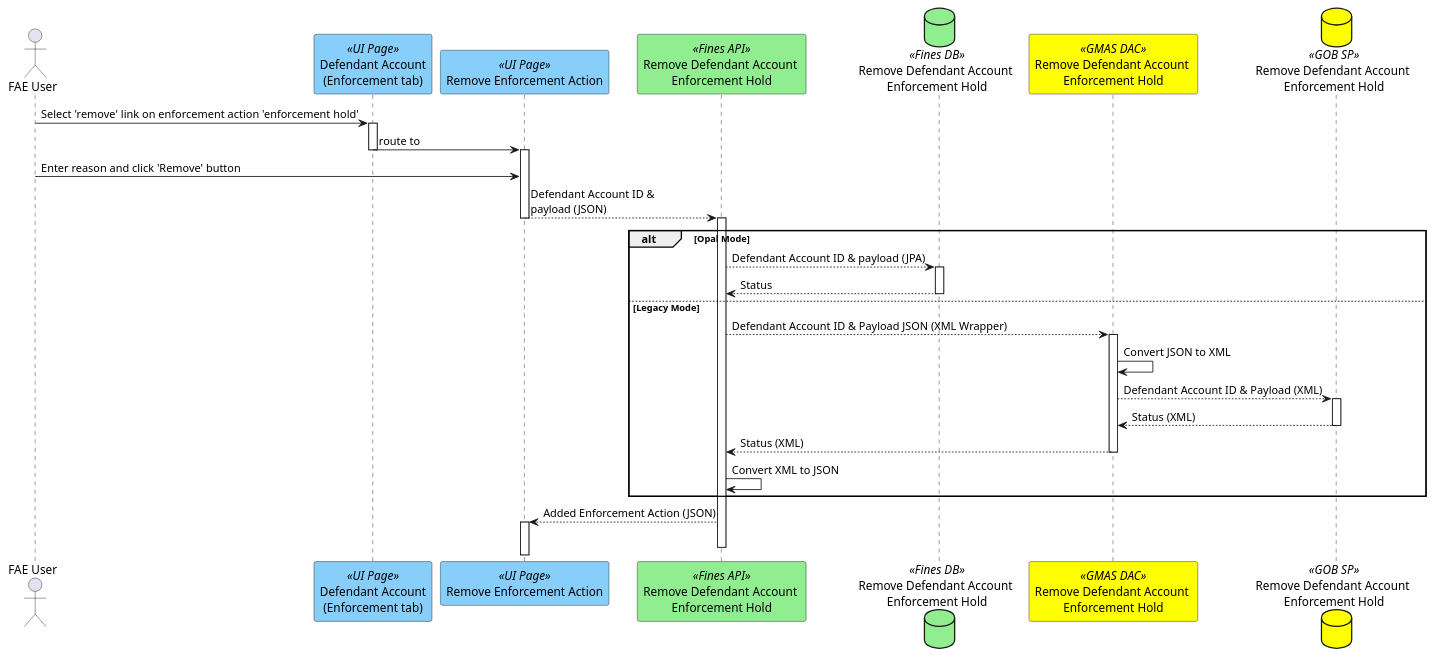
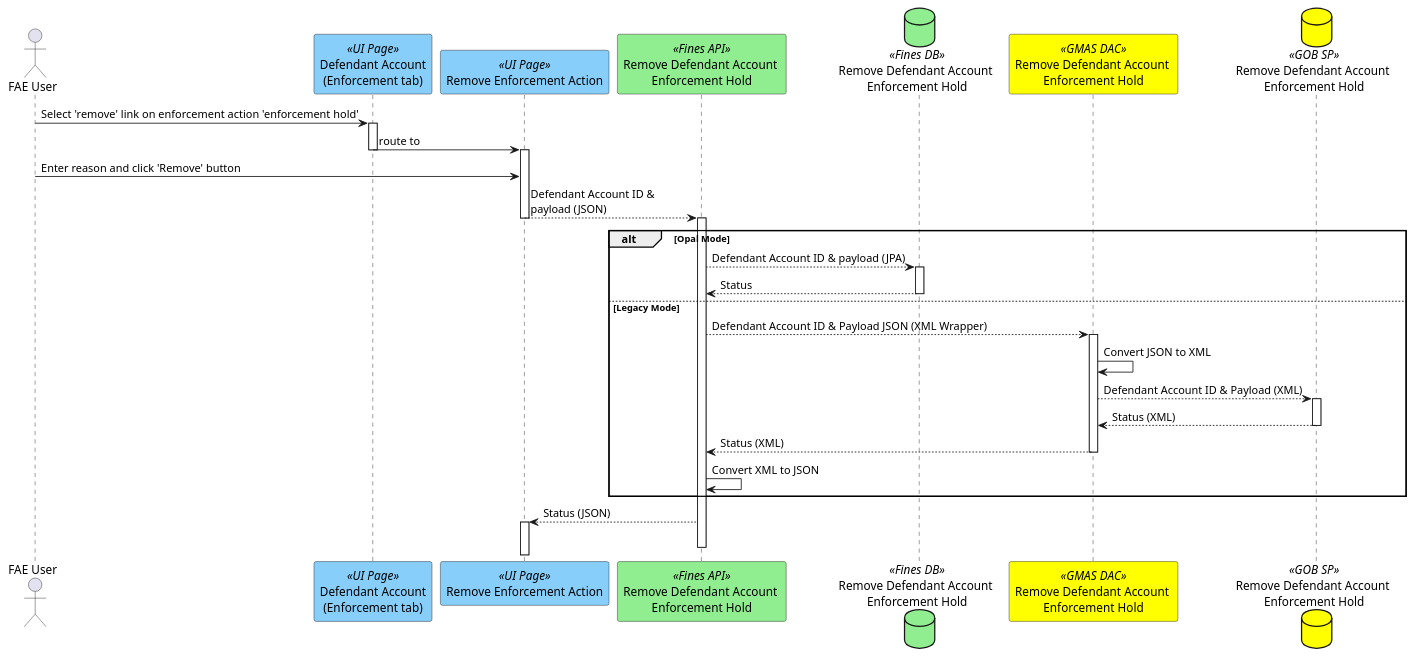
Before and after one commit to hmcts/opal-docs: the diagram in plantUML/fae-enforcement/fae-enforcement-tab-remove-hold.puml, drawn with PlantUML. The commit also changed 1 other file, not shown here.

Commit message:
enforcement actions and remove hold

```diff
--- a/plantUML/fae-enforcement/fae-enforcement-tab-remove-hold.puml
+++ b/plantUML/fae-enforcement/fae-enforcement-tab-remove-hold.puml
@@ -1,25 +1,25 @@
 @startuml
 actor "FAE User" as user
 participant "Defendant Account\n(Enforcement tab)" as page <<UI Page>> #lightskyblue
 participant "Remove Enforcement Action" as remenfpage <<UI Page>> #lightskyblue
 participant "Remove Defendant Account \nEnforcement Hold" as remenfapi <<Fines API>> #lightgreen
 database "Remove Defendant Account \nEnforcement Hold" as remenfsp <<Fines DB>>  #lightgreen
 participant "Remove Defendant Account \nEnforcement Hold" as gmasdac <<GMAS DAC>> #yellow
 database "Remove Defendant Account \nEnforcement Hold" as gobdb <<GOB SP>> #yellow
 user -> page ++: Select 'remove' link on enforcement action 'enforcement hold'
 page -> remenfpage --++: route to
 user -> remenfpage : Enter reason and click 'Remove' button
 remenfpage --> remenfapi --++: Defendant Account ID & \npayload (JSON)
 alt Opal Mode
 remenfapi --> remenfsp ++: Defendant Account ID & payload (JPA)
 remenfapi <-- remenfsp --: Status
 else Legacy Mode
 remenfapi --> gmasdac ++: Defendant Account ID & Payload JSON (XML Wrapper)
 gmasdac -> gmasdac: Convert JSON to XML
 gmasdac --> gobdb ++: Defendant Account ID & Payload (XML)
 gobdb --> gmasdac --: Status (XML)
 gmasdac --> remenfapi --: Status (XML)
 remenfapi -> remenfapi: Convert XML to JSON
 end
-remenfpage <-- remenfapi ++--: Added Enforcement Action (JSON)
+remenfpage <-- remenfapi ++--: Status (JSON)
 @enduml
```
